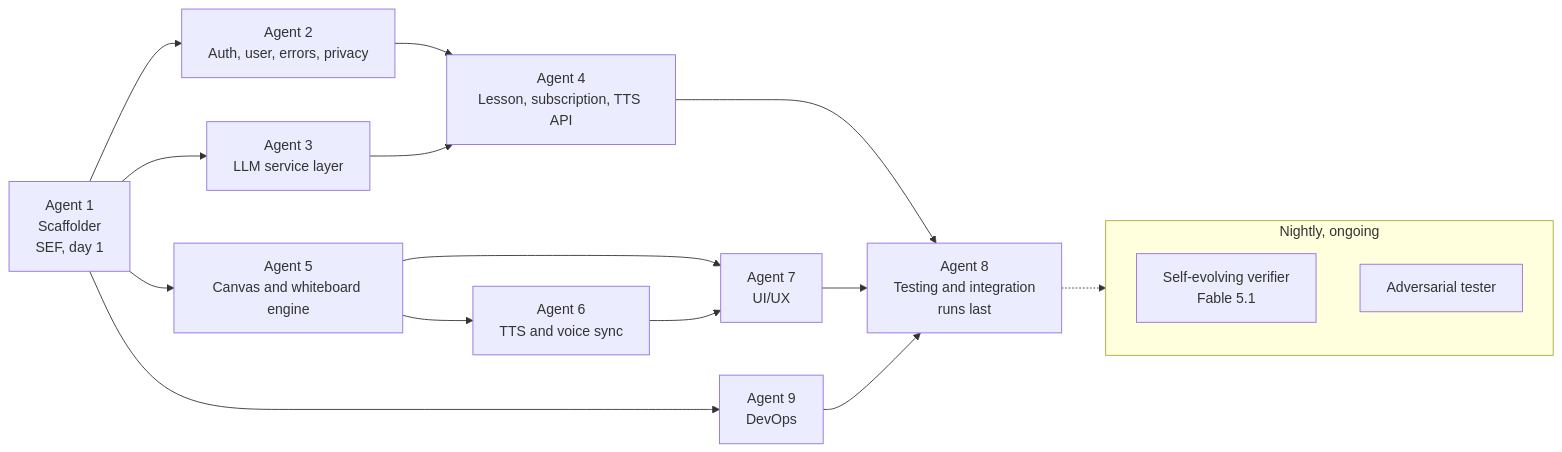
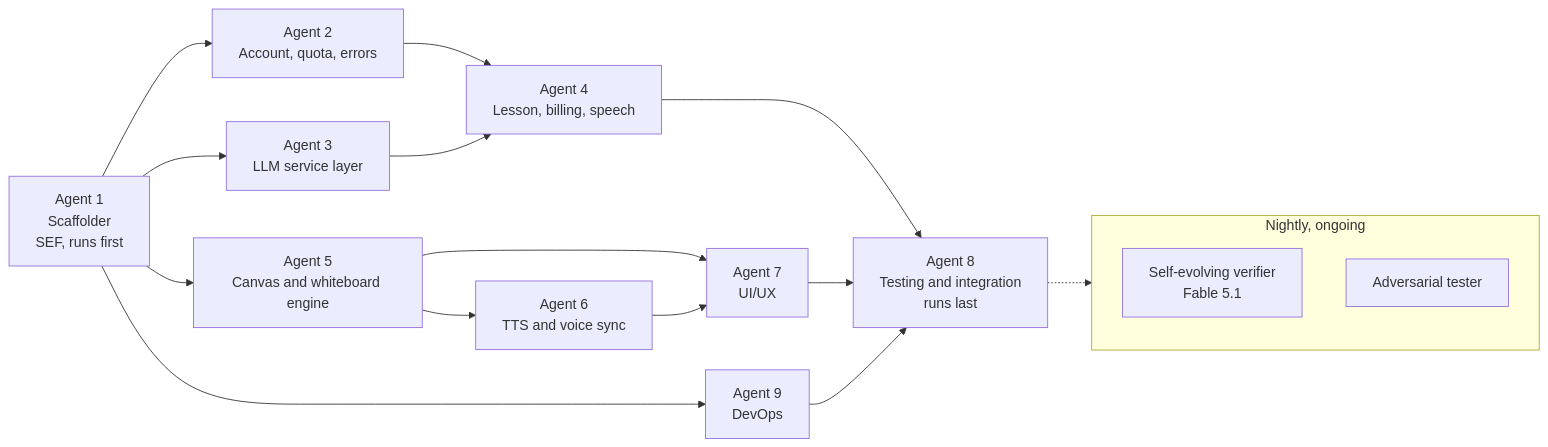
One commit to ocjpkrishna/prepai changed diagram 12 of 12 in prepai-spec.md. Above: the diagram before and after it, drawn with Mermaid. The commit also changed other lines of this file, not shown here.

````diff
--- a/prepai-spec.md
+++ b/prepai-spec.md
@@ -2160,31 +2260,31 @@
 ```mermaid
 flowchart LR
-    A1["Agent 1<br/>Scaffolder<br/>SEF, day 1"]
-    A2["Agent 2<br/>Auth, user, errors, privacy"]
+    A1["Agent 1<br/>Scaffolder<br/>SEF, runs first"]
+    A2["Agent 2<br/>Account, quota, errors"]
     A3["Agent 3<br/>LLM service layer"]
-    A4["Agent 4<br/>Lesson, subscription, TTS API"]
+    A4["Agent 4<br/>Lesson, billing, speech"]
     A5["Agent 5<br/>Canvas and whiteboard engine"]
     A6["Agent 6<br/>TTS and voice sync"]
     A7["Agent 7<br/>UI/UX"]
     A8["Agent 8<br/>Testing and integration<br/>runs last"]
     A9["Agent 9<br/>DevOps"]
 
     A1 --> A2
     A1 --> A3
     A1 --> A5
     A1 --> A9
     A2 --> A4
     A3 --> A4
     A5 --> A6
     A5 --> A7
     A6 --> A7
     A4 --> A8
     A7 --> A8
     A9 --> A8
 
     subgraph nightly["Nightly, ongoing"]
         N1["Self-evolving verifier<br/>Fable 5.1"]
         N2["Adversarial tester"]
     end
     A8 -.-> nightly
 ```
````
